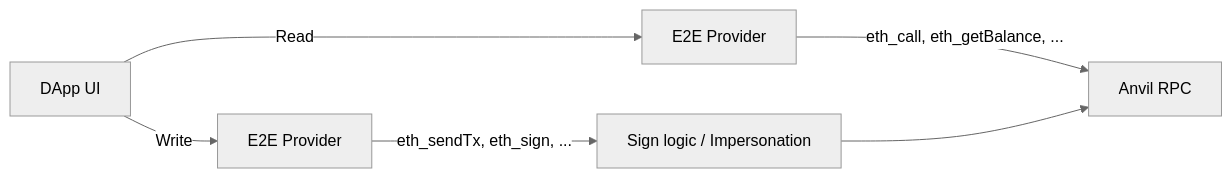
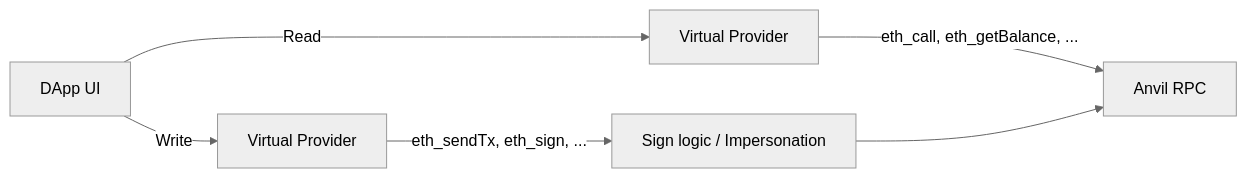
One commit to defi-wonderland/walletless changed the diagram in README.md. Above: the diagram before and after it, drawn with Mermaid (neutral theme).

Commit message:
fix: mermaid titles

````diff
--- a/README.md
+++ b/README.md
@@ -11,15 +11,15 @@
 ```mermaid
 graph LR
     DApp["DApp UI"]
-    CP1["E2E Provider"]
-    CP2["E2E Provider"]
+    CP1["Virtual Provider"]
+    CP2["Virtual Provider"]
     SIGN["Sign logic / Impersonation"]
     ANVIL["Anvil RPC"]
 
     DApp -->|Read| CP1
     CP1 -->|eth_call, eth_getBalance, ...| ANVIL
 
     DApp -->|Write| CP2
     CP2 -->|eth_sendTx, eth_sign, ...| SIGN
     SIGN --> ANVIL
 ```
````
